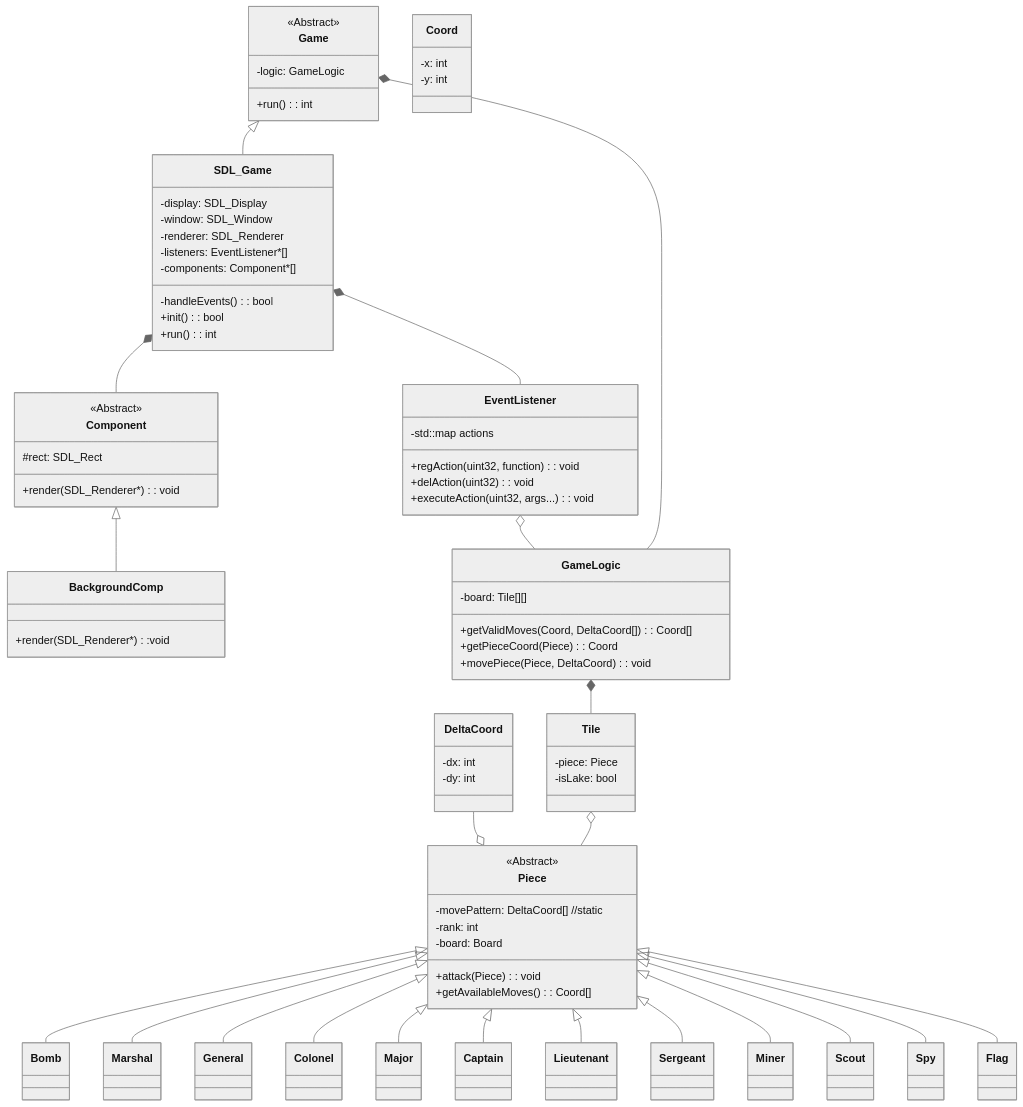
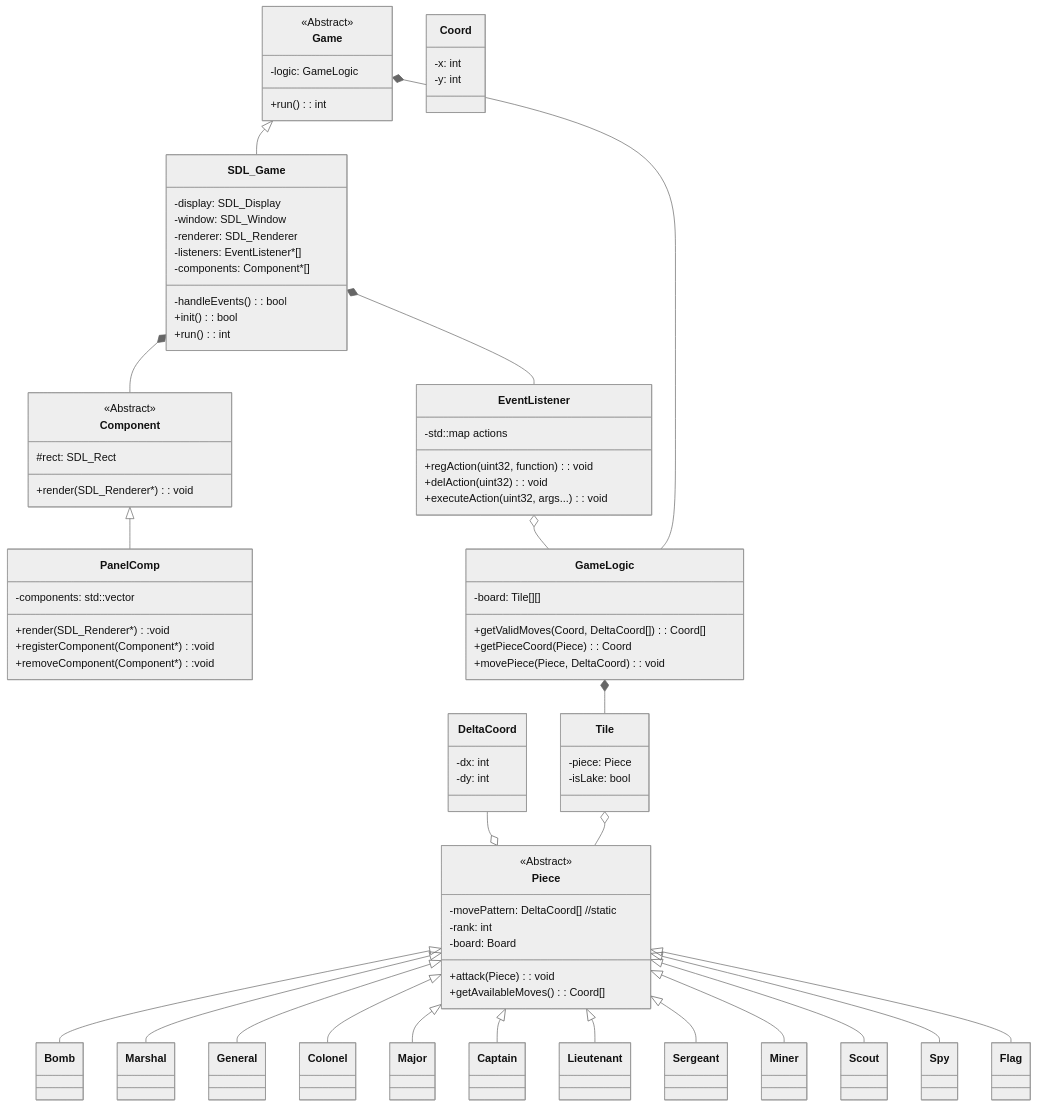
One commit to Tomocza/cpp-stratego changed the sixth of 6 diagrams in README.md. Above: the diagram before and after it, drawn with Mermaid (neutral theme).

Commit message:
update UML

```diff
--- a/README.md
+++ b/README.md
@@ -183,8 +183,11 @@
   #rect: SDL_Rect
 }
 
-class BackgroundComp{
+class PanelComp{
   +render(SDL_Renderer*):void
+  +registerComponent(Component*):void
+  +removeComponent(Component*):void
+  -components: std::vector<Component*>
 }
 
 class Game{
@@ -254,7 +257,7 @@
 SDL_Game *-- EventListener
 EventListener o-- GameLogic
 
-Component <|-- BackgroundComp
+Component <|-- PanelComp
 SDL_Game *-- Component
 
 GameLogic *-- Tile
```
